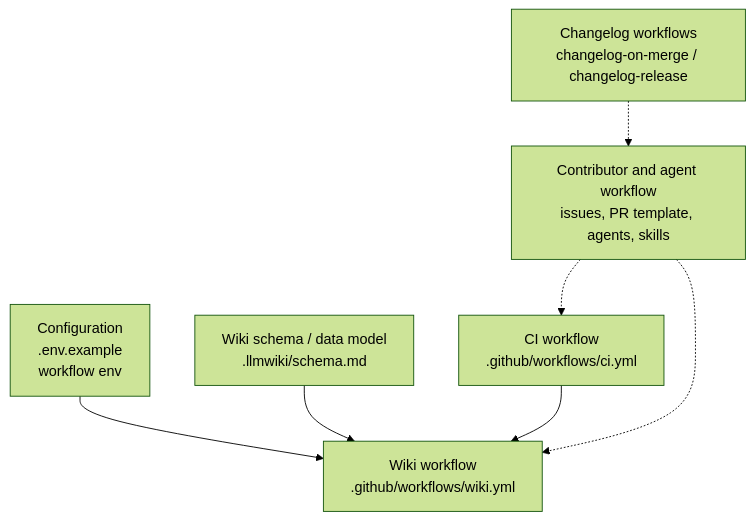
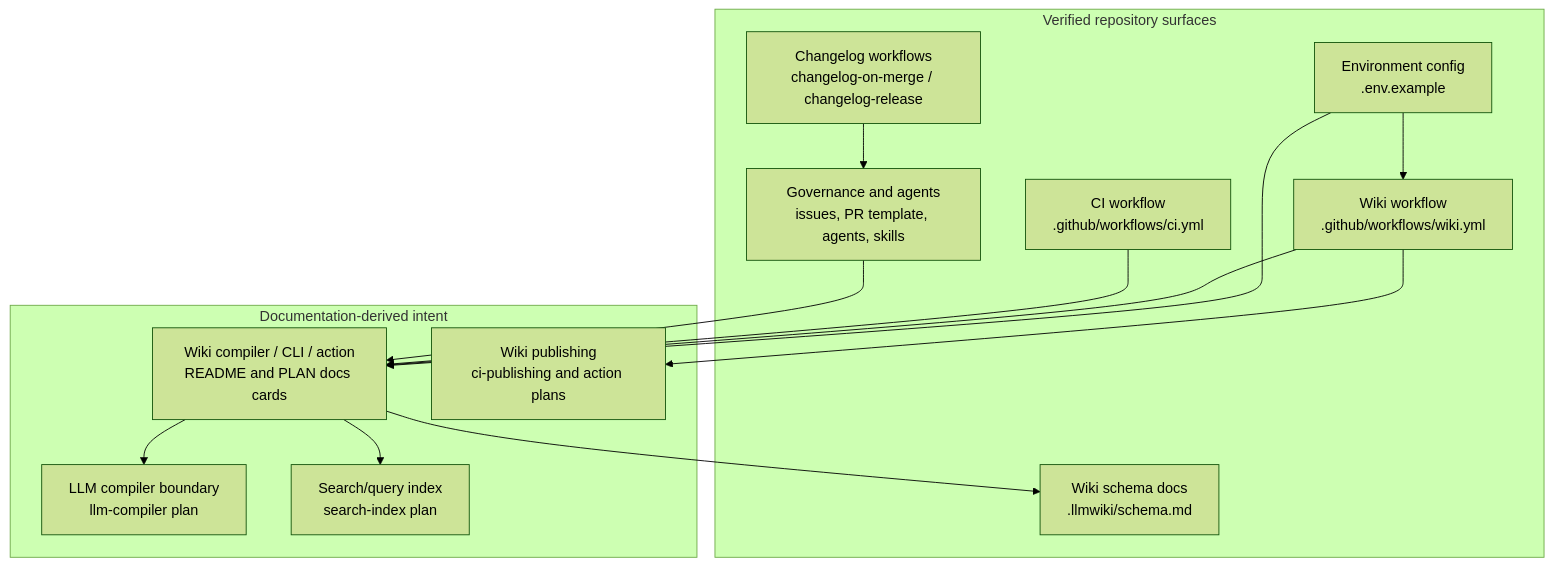
The second of 4 diagrams in Architecture.md (mfittko/repo-wiki), drawn with Mermaid (forest theme) before and after one commit. The commit also changed other lines of this file and 43 other files, not shown here.

Commit message:
Compile repository wiki 2026-05-14T06:50:33.318Z

````diff
--- a/Architecture.md
+++ b/Architecture.md
@@ -136,16 +197,29 @@
 ```mermaid
 flowchart TB
-    Config["Configuration<br/>.env.example<br/>workflow env"]
-    Schema["Wiki schema / data model<br/>.llmwiki/schema.md"]
+  subgraph VerifiedRepoSurfaces["Verified repository surfaces"]
+    Env["Environment config<br/>.env.example"]
     WikiWorkflow["Wiki workflow<br/>.github/workflows/wiki.yml"]
     CI["CI workflow<br/>.github/workflows/ci.yml"]
     Changelog["Changelog workflows<br/>changelog-on-merge / changelog-release"]
-    ContributorOps["Contributor and agent workflow<br/>issues, PR template, agents, skills"]
+    Governance["Governance and agents<br/>issues, PR template, agents, skills"]
+    Schema["Wiki schema docs<br/>.llmwiki/schema.md"]
+  end
 
-    Config --> WikiWorkflow
-    Schema --> WikiWorkflow
-    CI --> WikiWorkflow
-    ContributorOps -.-> CI
-    ContributorOps -.-> WikiWorkflow
-    Changelog -.-> ContributorOps
+  subgraph DocumentedIntent["Documentation-derived intent"]
+    Compiler["Wiki compiler / CLI / action<br/>README and PLAN docs cards"]
+    LLMBoundary["LLM compiler boundary<br/>llm-compiler plan"]
+    Publish["Wiki publishing<br/>ci-publishing and action plans"]
+    Search["Search/query index<br/>search-index plan"]
+  end
+
+  Env --> WikiWorkflow
+  Env --> Compiler
+  WikiWorkflow --> Compiler
+  WikiWorkflow --> Publish
+  Compiler --> Schema
+  Compiler --> LLMBoundary
+  Compiler --> Search
+  CI --> Compiler
+  Changelog --> Governance
+  Governance --> Compiler
 ```
````
